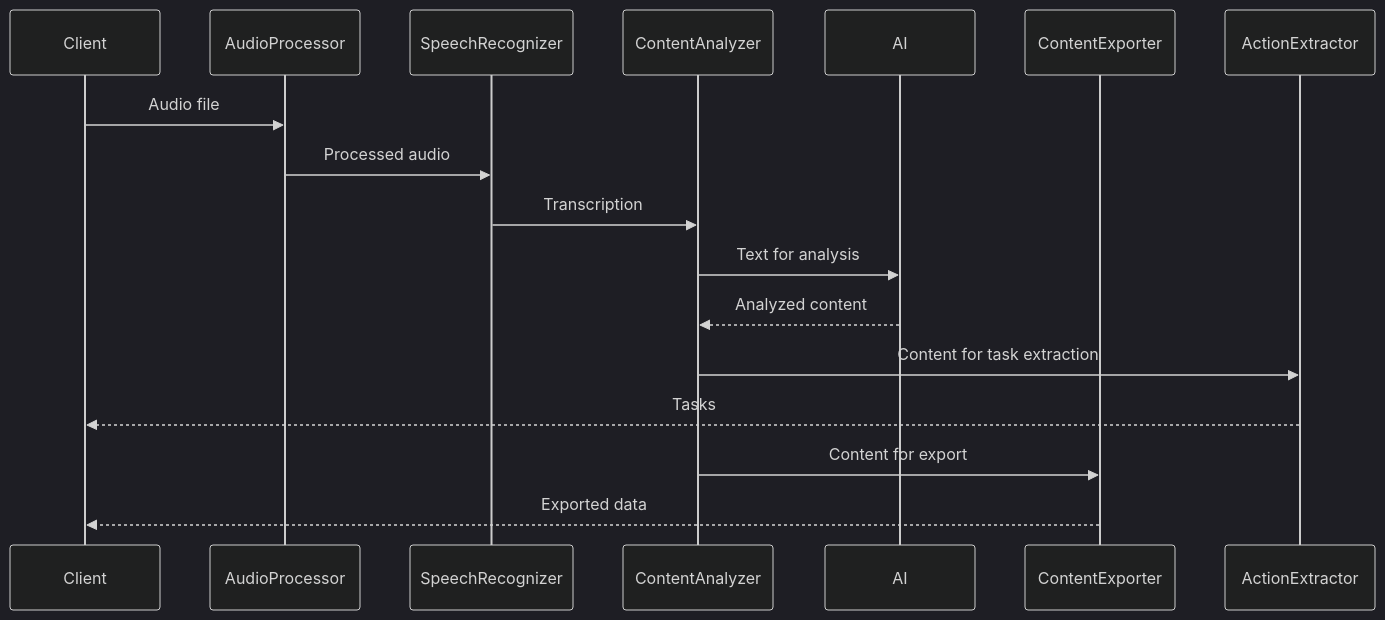
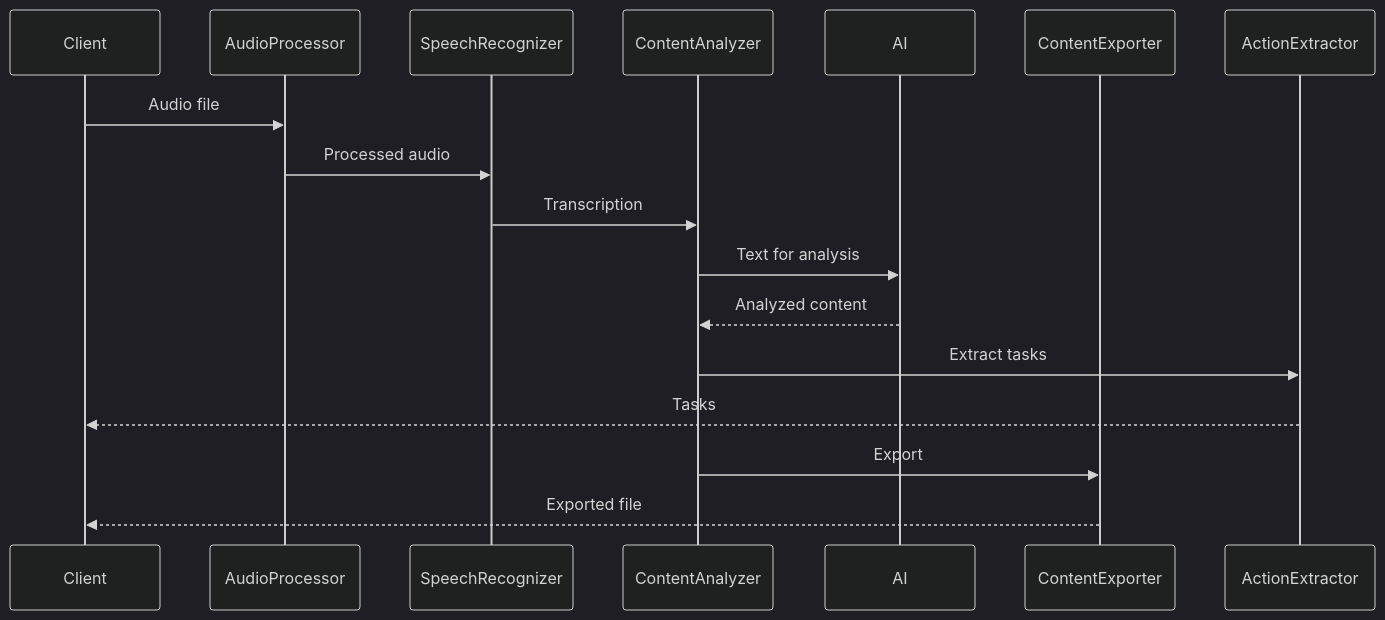
Before and after one commit to aspose-note/Aspose.MeetingNotes-for-.NET: the second of 5 diagrams in docs/architecture.md, drawn with Mermaid (dark theme). The commit also changed other lines of this file and 14 other files, not shown here.

````diff
--- a/docs/architecture.md
+++ b/docs/architecture.md
@@ -109,20 +99,20 @@
 ```mermaid
 sequenceDiagram
     participant Client
     participant AudioProcessor
     participant SpeechRecognizer
     participant ContentAnalyzer
     participant AI
     participant ContentExporter
     participant ActionExtractor
 
     Client->>AudioProcessor: Audio file
     AudioProcessor->>SpeechRecognizer: Processed audio
     SpeechRecognizer->>ContentAnalyzer: Transcription
     ContentAnalyzer->>AI: Text for analysis
     AI-->>ContentAnalyzer: Analyzed content
-    ContentAnalyzer->>ActionExtractor: Content for task extraction
+    ContentAnalyzer->>ActionExtractor: Extract tasks
     ActionExtractor-->>Client: Tasks
-    ContentAnalyzer->>ContentExporter: Content for export
-    ContentExporter-->>Client: Exported data
+    ContentAnalyzer->>ContentExporter: Export
+    ContentExporter-->>Client: Exported file
 ```
````
